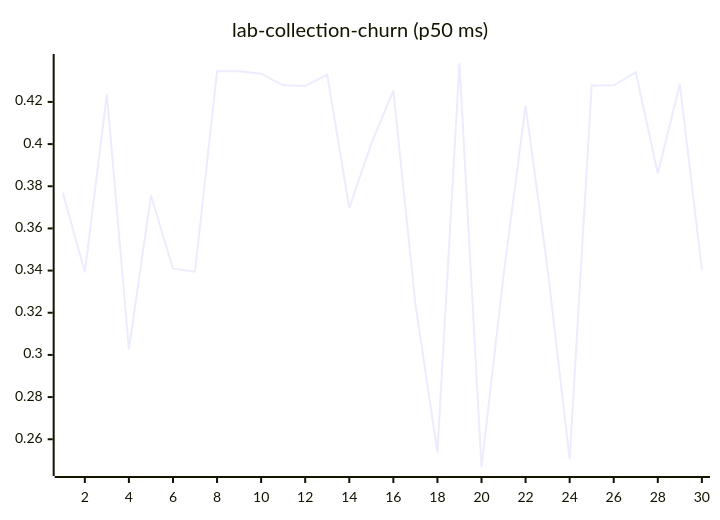
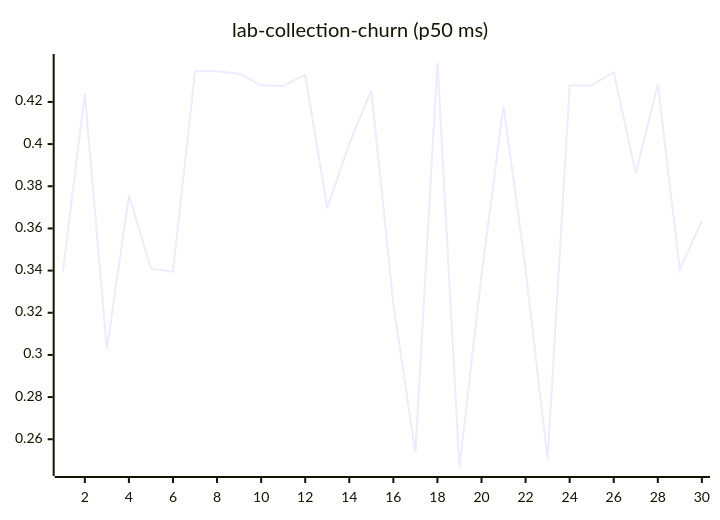
Before and after one commit to josha/Facet: diagram 11 of 27 in README.md, drawn with Mermaid. The commit also changed other lines of this file and 2 other files, not shown here.

````diff
--- a/README.md
+++ b/README.md
@@ -133,6 +133,6 @@
 ```mermaid
 xychart-beta
     title "lab-collection-churn (p50 ms)"
     x-axis 1 --> 30
-    line [0.3769, 0.3392, 0.4238, 0.3026, 0.3756, 0.3409, 0.3395, 0.4345, 0.4346, 0.4334, 0.4279, 0.4276, 0.4329, 0.3697, 0.4002, 0.4255, 0.3242, 0.2538, 0.4387, 0.2466, 0.3379, 0.4183, 0.3407, 0.2505, 0.4278, 0.4279, 0.4341, 0.3861, 0.4284, 0.3405]
+    line [0.3392, 0.4238, 0.3026, 0.3756, 0.3409, 0.3395, 0.4345, 0.4346, 0.4334, 0.4279, 0.4276, 0.4329, 0.3697, 0.4002, 0.4255, 0.3242, 0.2538, 0.4387, 0.2466, 0.3379, 0.4183, 0.3407, 0.2505, 0.4278, 0.4279, 0.4341, 0.3861, 0.4284, 0.3405, 0.3635]
 ```
````
